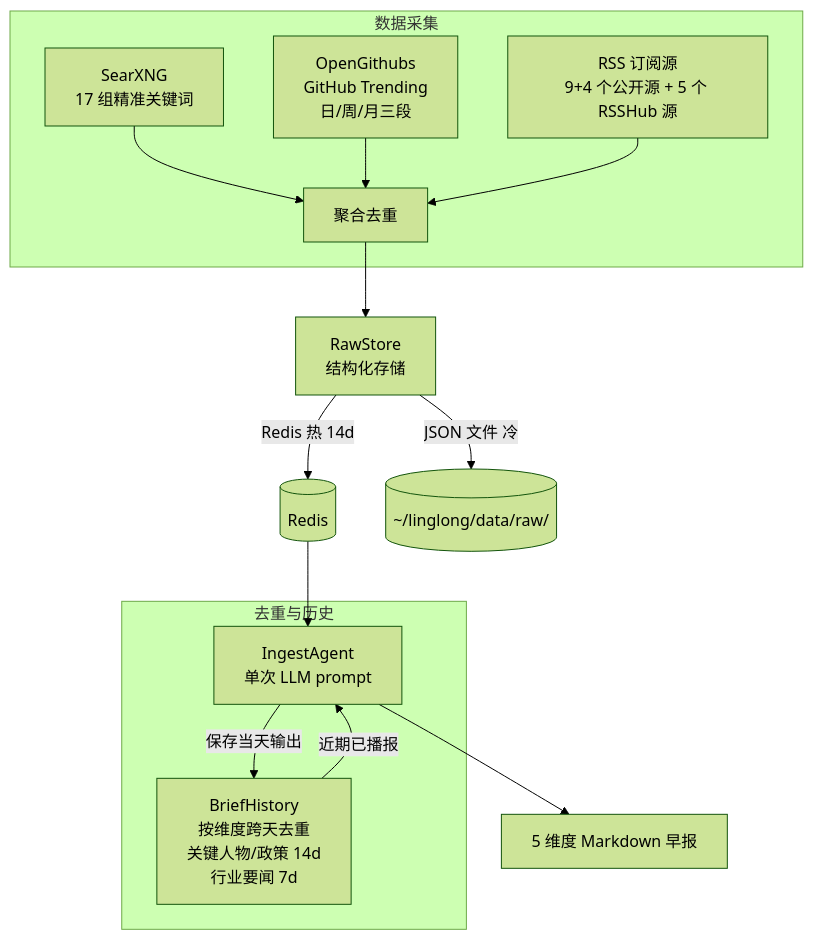
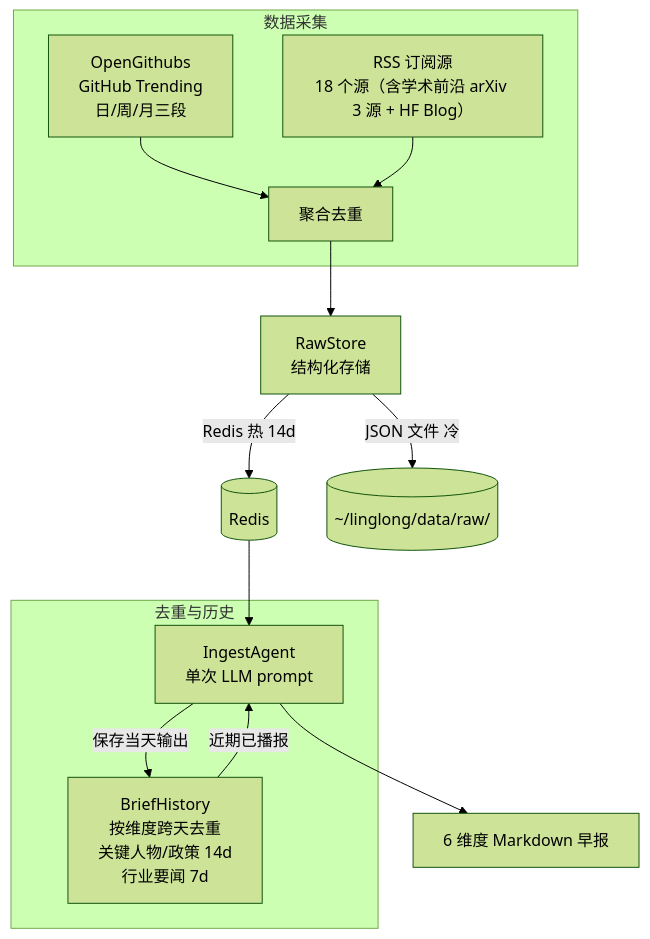
One commit to xinovate/linglong-scout changed the diagram in docs/README.md. Above: the diagram before and after it, drawn with Mermaid (forest theme). The commit also changed other lines of this file and 17 other files, not shown here.

First line of the commit message:
docs: 清理 SearXNG 引用，更新规则文件和文档

````diff
--- a/docs/README.md
+++ b/docs/README.md
@@ -71,20 +67,19 @@
 ```mermaid
 graph TD
     subgraph 数据采集
-        A1[SearXNG<br/>17 组精准关键词] --> D[聚合去重]
-        A2[OpenGithubs<br/>GitHub Trending<br/>日/周/月三段] --> D
-        A3[RSS 订阅源<br/>9+4 个公开源 + 5 个 RSSHub 源] --> D
+        A1[OpenGithubs<br/>GitHub Trending<br/>日/周/月三段] --> D[聚合去重]
+        A2[RSS 订阅源<br/>18 个源（含学术前沿 arXiv 3 源 + HF Blog）] --> D
     end
 
     D --> R[RawStore<br/>结构化存储]
     R -->|Redis 热 14d| RH[(Redis)]
     R -->|JSON 文件 冷| RF[(~/linglong/data/raw/)]
 
     RH --> E[IngestAgent<br/>单次 LLM prompt]
-    E --> F[5 维度 Markdown 早报]
+    E --> F[6 维度 Markdown 早报]
 
     subgraph 去重与历史
         G[BriefHistory<br/>按维度跨天去重<br/>关键人物/政策 14d<br/>行业要闻 7d] -->|近期已播报| E
         E -->|保存当天输出| G
     end
 ```
````
